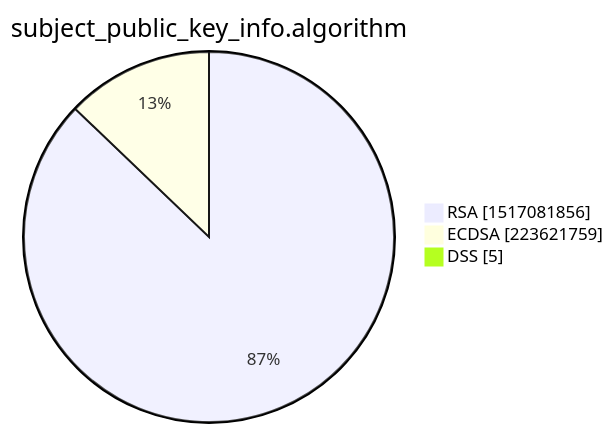
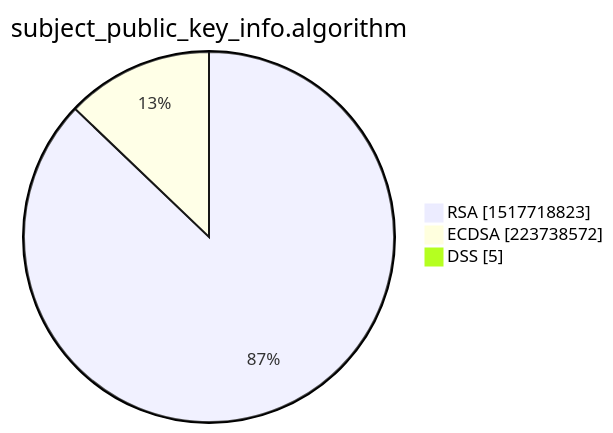
Before and after one commit to christiankrug/ctmonitor_visualization: the third of 15 diagrams in xenon2022/README.md, drawn with Mermaid. The commit also changed other lines of this file, not shown here.

````diff
--- a/xenon2022/README.md
+++ b/xenon2022/README.md
@@ -14,7 +14,7 @@
 ```mermaid
 pie showData
 title subject_public_key_info.algorithm
-"RSA" :1517081856
-"ECDSA" :223621759
+"RSA" :1517718823
+"ECDSA" :223738572
 "DSS" :5
 ```
````
